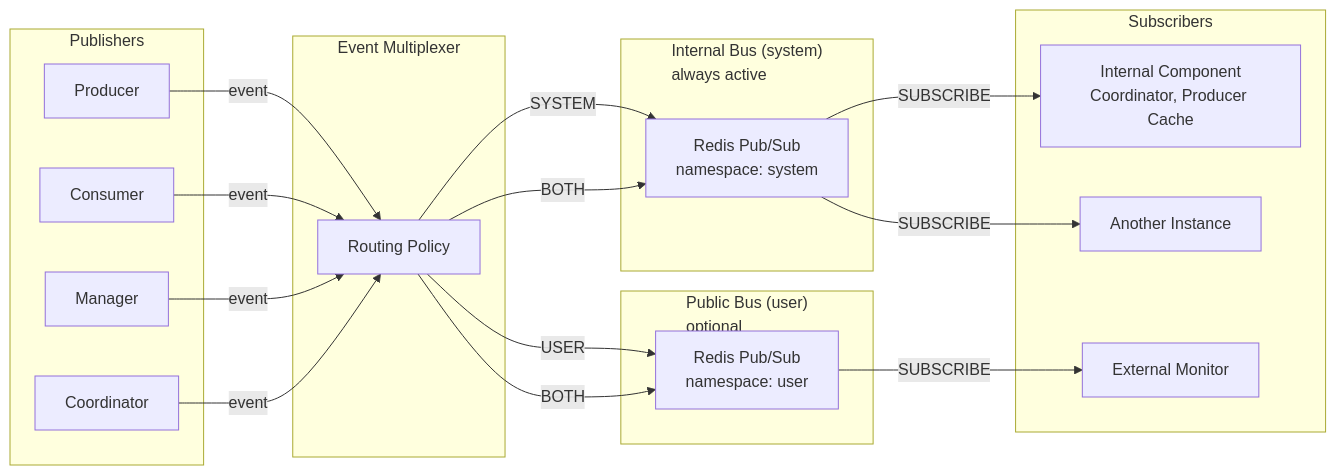
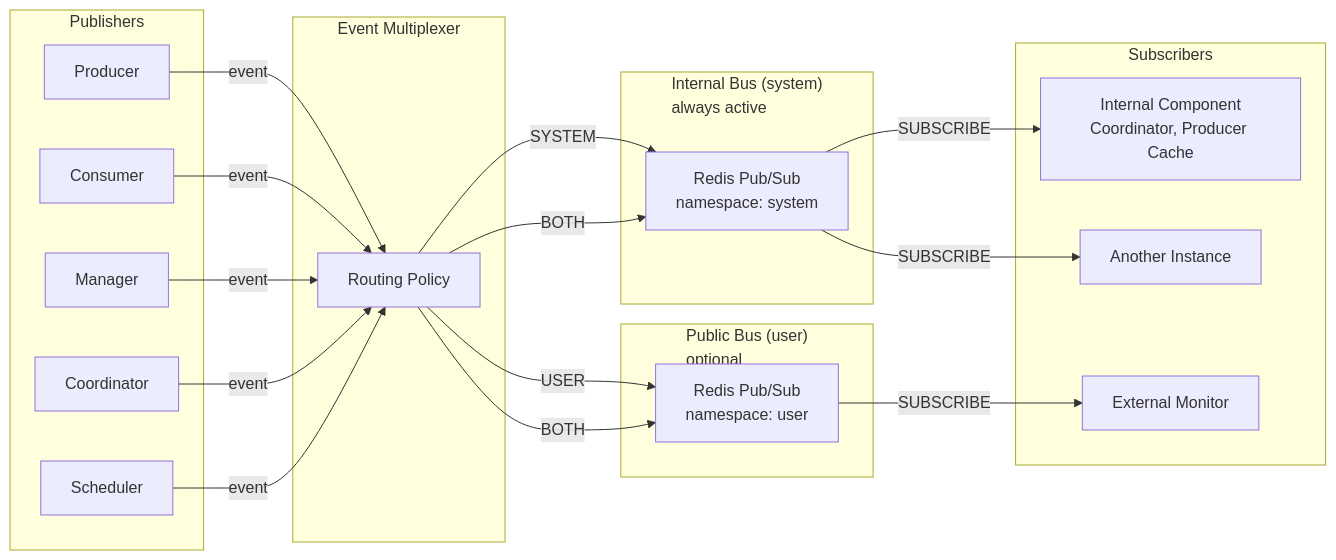
Before and after one commit to weyoss/redis-smq-docs: the diagram in next/event-bus.md, drawn with Mermaid. The commit also changed other lines of this file, not shown here.

First line of the commit message:
docs(event-bus): document symmetric producer/scheduler event taxonomy

````diff
--- a/next/event-bus.md
+++ b/next/event-bus.md
@@ -24,41 +24,43 @@
 ```mermaid
 flowchart LR
     subgraph Publishers
         P1[Producer]
         P2[Consumer]
-        P3[Manager]  
+        P3[Manager]
         P4[Coordinator]
+        P5[Scheduler]
     end
 
     subgraph Multiplexer["Event Multiplexer"]
         ROUTE["Routing Policy"]
     end
 
     subgraph Internal["Internal Bus (system)\nalways active"]
         CHI["Redis Pub/Sub\nnamespace: system"]
     end
 
     subgraph Public["Public Bus (user)\noptional"]
         CHP["Redis Pub/Sub\nnamespace: user"]
     end
 
     subgraph Subscribers
         S1[Internal Component\nCoordinator, Producer Cache]
         S2[Another Instance]
         S3[External Monitor]
     end
 
     P1 -->|event| ROUTE
     P2 -->|event| ROUTE
     P3 -->|event| ROUTE
     P4 -->|event| ROUTE
+    P5 -->|event| ROUTE
 
     ROUTE -->|SYSTEM| CHI
     ROUTE -->|USER| CHP
     ROUTE -->|BOTH| CHI
     ROUTE -->|BOTH| CHP
 
     CHI -->|SUBSCRIBE| S1
     CHI -->|SUBSCRIBE| S2
     CHP -->|SUBSCRIBE| S3
 ```
````
